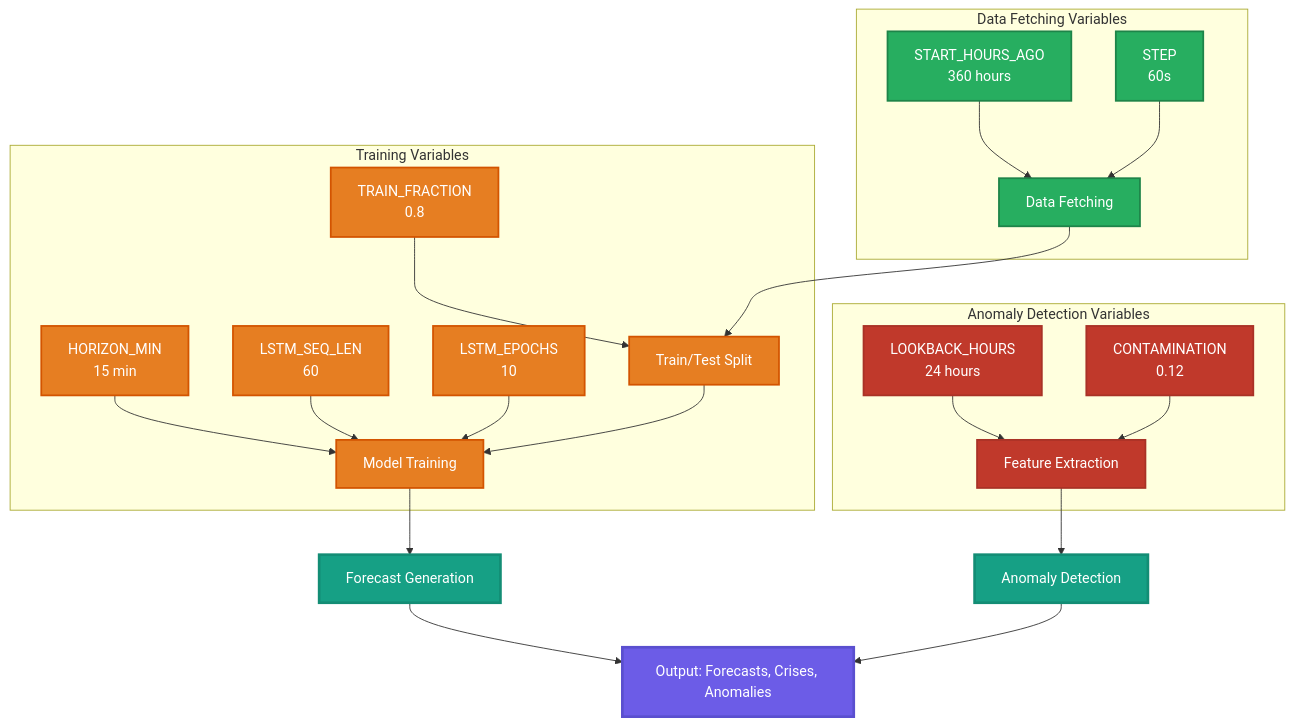
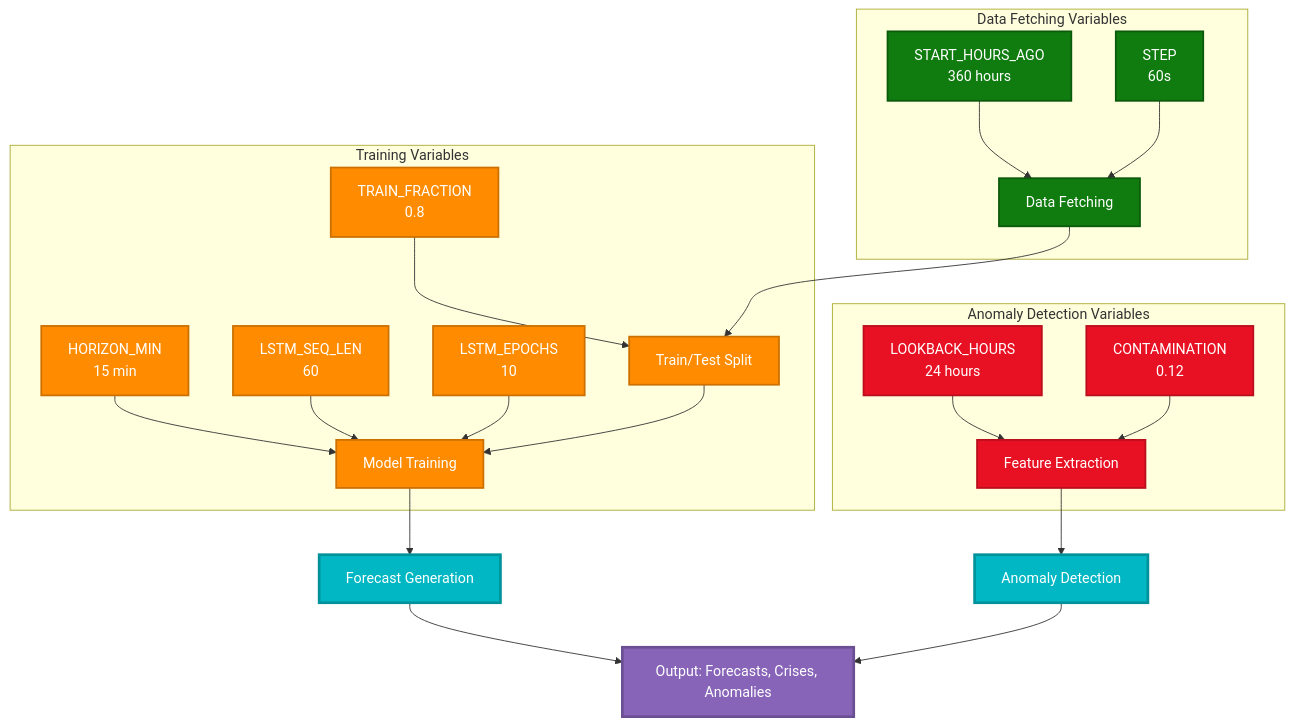
One commit to k8sautom8/metrics-ml changed the ninth of 11 diagrams in Docs/VISUAL_ARCHITECTURE_GUIDE.md. Above: the diagram before and after it, drawn with Mermaid. The commit also changed other lines of this file, not shown here.

````diff
--- a/Docs/VISUAL_ARCHITECTURE_GUIDE.md
+++ b/Docs/VISUAL_ARCHITECTURE_GUIDE.md
@@ -589,39 +589,39 @@
 ```mermaid
 graph TD
     subgraph "Data Fetching Variables"
         START[START_HOURS_AGO<br/>360 hours] --> Fetch[Data Fetching]
         STEP[STEP<br/>60s] --> Fetch
     end
     
     subgraph "Training Variables"
         TRAIN[TRAIN_FRACTION<br/>0.8] --> Split[Train/Test Split]
         HORIZON[HORIZON_MIN<br/>15 min] --> Models[Model Training]
         LSTM_SEQ[LSTM_SEQ_LEN<br/>60] --> Models
         LSTM_EPOCH[LSTM_EPOCHS<br/>10] --> Models
     end
     
     subgraph "Anomaly Detection Variables"
         LOOKBACK[LOOKBACK_HOURS<br/>24 hours] --> Anomaly[Feature Extraction]
         CONTAM[CONTAMINATION<br/>0.12] --> Anomaly
     end
     
     Fetch --> Split
     Split --> Models
     Models --> Forecast[Forecast Generation]
     Anomaly --> AnomalyDet[Anomaly Detection]
     
     Forecast --> Output[Output: Forecasts, Crises, Anomalies]
     AnomalyDet --> Output
     
-    classDef dataVar fill:#27AE60,stroke:#1E8449,stroke-width:2px,color:#fff
-    classDef trainVar fill:#E67E22,stroke:#D35400,stroke-width:2px,color:#fff
-    classDef anomalyVar fill:#C0392B,stroke:#A93226,stroke-width:2px,color:#fff
-    classDef process fill:#16A085,stroke:#138D75,stroke-width:3px,color:#fff
-    classDef output fill:#6C5CE7,stroke:#5A4FCF,stroke-width:3px,color:#fff
+    classDef dataVar fill:#107C10,stroke:#0B5A0B,stroke-width:2px,color:#fff
+    classDef trainVar fill:#FF8C00,stroke:#CC7000,stroke-width:2px,color:#fff
+    classDef anomalyVar fill:#E81123,stroke:#BA0E1C,stroke-width:2px,color:#fff
+    classDef process fill:#00B7C3,stroke:#00929A,stroke-width:3px,color:#fff
+    classDef output fill:#8764B8,stroke:#6B4F93,stroke-width:3px,color:#fff
     
     class START,STEP,Fetch dataVar
     class TRAIN,HORIZON,LSTM_SEQ,LSTM_EPOCH,Split,Models trainVar
     class LOOKBACK,CONTAM,Anomaly anomalyVar
     class Forecast,AnomalyDet process
     class Output output
 ```
````
